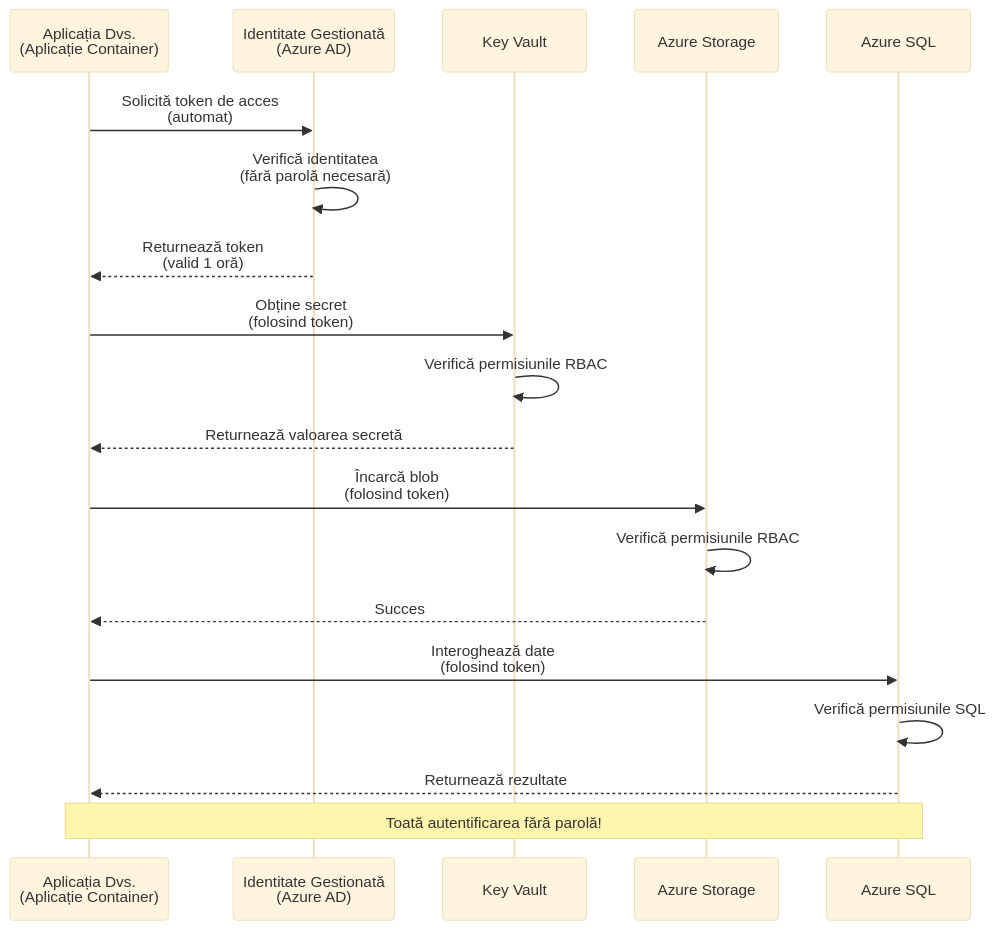
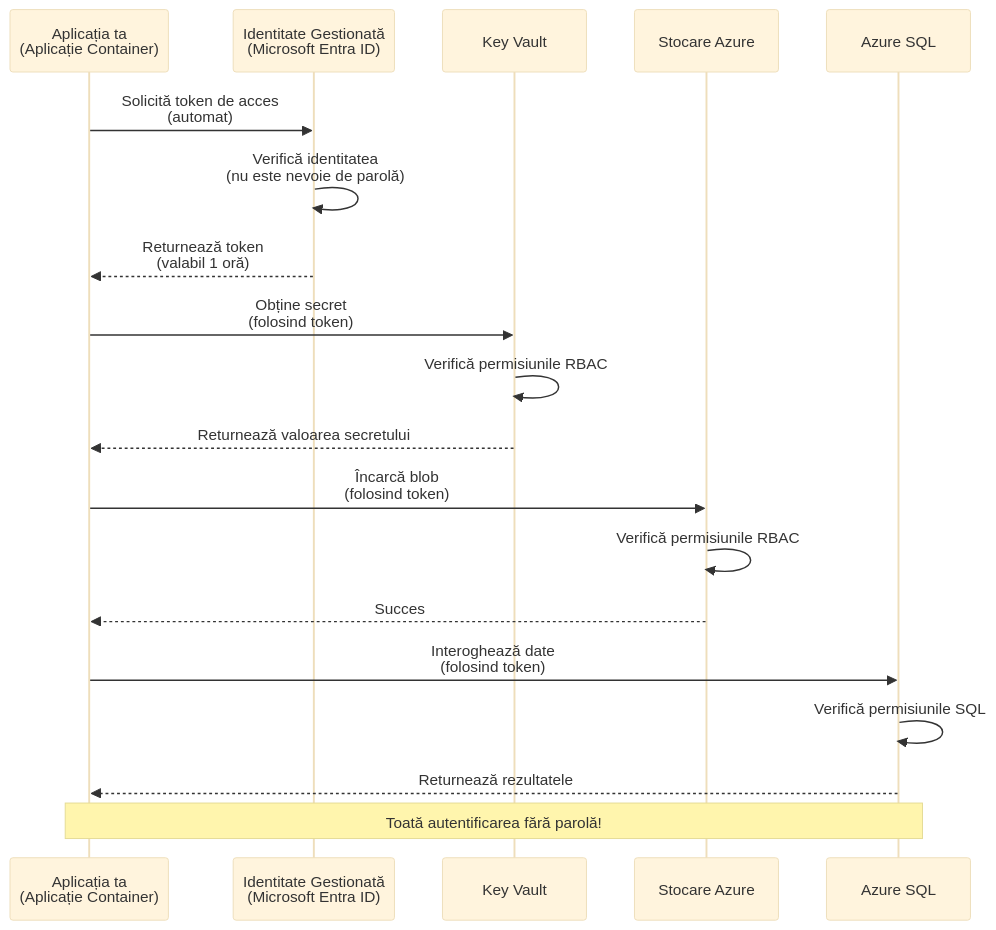
The first of 2 diagrams in translations/ro/docs/chapter-03-configuration/authsecurity.md (microsoft/AZD-for-beginners), drawn with Mermaid (base theme) before and after one commit. The commit also changed other lines of this file and 104 other files, not shown here.

````diff
--- a/translations/ro/docs/chapter-03-configuration/authsecurity.md
+++ b/translations/ro/docs/chapter-03-configuration/authsecurity.md
@@ -69,26 +69,26 @@
 ```mermaid
 sequenceDiagram
-    participant App as Aplicația Dvs.<br/>(Aplicație Container)
-    participant MI as Identitate Gestionată<br/>(Azure AD)
+    participant App as Aplicația ta<br/>(Aplicație Container)
+    participant MI as Identitate Gestionată<br/>(Microsoft Entra ID)
     participant KV as Key Vault
-    participant Storage as Azure Storage
+    participant Storage as Stocare Azure
     participant DB as Azure SQL
     
     App->>MI: Solicită token de acces<br/>(automat)
-    MI->>MI: Verifică identitatea<br/>(fără parolă necesară)
-    MI-->>App: Returnează token<br/>(valid 1 oră)
+    MI->>MI: Verifică identitatea<br/>(nu este nevoie de parolă)
+    MI-->>App: Returnează token<br/>(valabil 1 oră)
     
     App->>KV: Obține secret<br/>(folosind token)
     KV->>KV: Verifică permisiunile RBAC
-    KV-->>App: Returnează valoarea secretă
+    KV-->>App: Returnează valoarea secretului
     
     App->>Storage: Încarcă blob<br/>(folosind token)
     Storage->>Storage: Verifică permisiunile RBAC
     Storage-->>App: Succes
     
     App->>DB: Interoghează date<br/>(folosind token)
     DB->>DB: Verifică permisiunile SQL
-    DB-->>App: Returnează rezultate
+    DB-->>App: Returnează rezultatele
     
     Note over App,DB: Toată autentificarea fără parolă!
 ```
````
